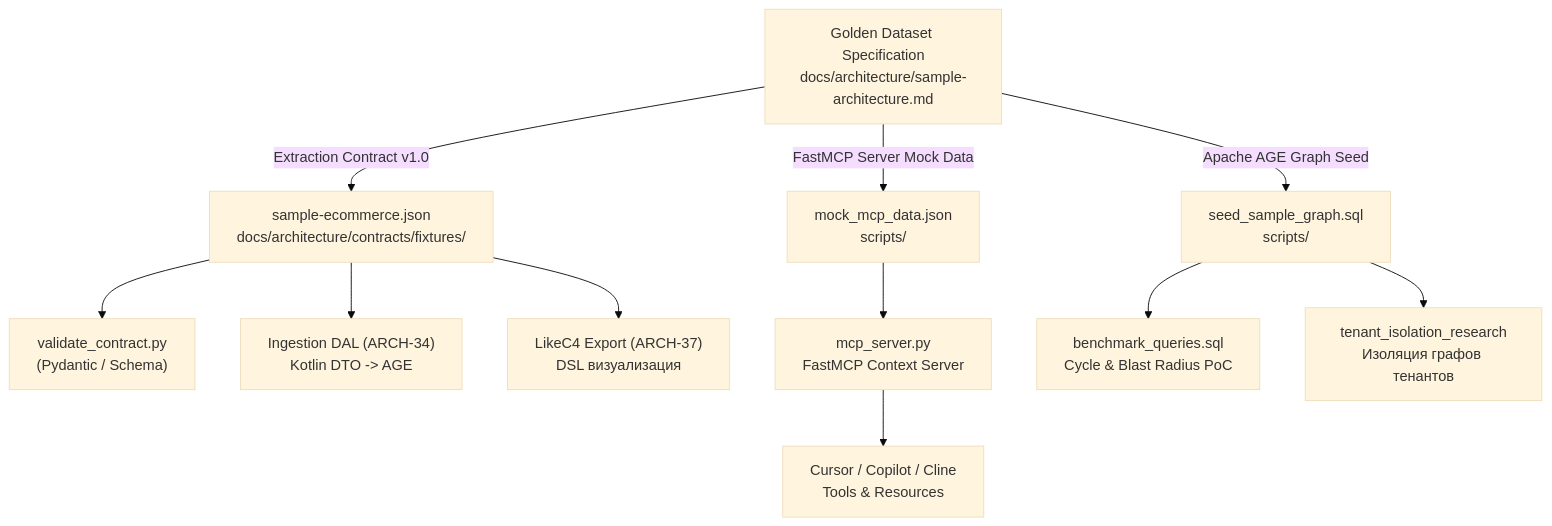
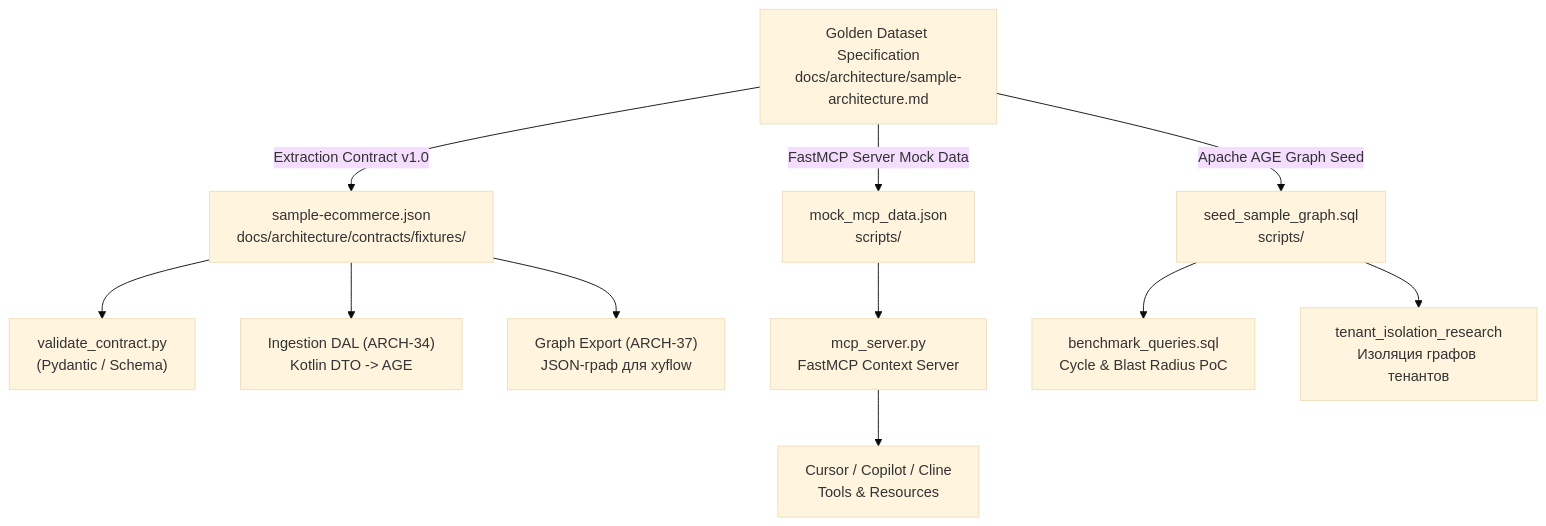
One commit to teamv39/archon changed the diagram in docs/architecture/mocks-and-fixtures.md. Above: the diagram before and after it, drawn with Mermaid (base theme). The commit also changed 28 other files, not shown here.

First line of the commit message:
ARCH-57: xyflow полностью заменяет LikeC4 (ADR-0008)

````diff
--- a/docs/architecture/mocks-and-fixtures.md
+++ b/docs/architecture/mocks-and-fixtures.md
@@ -17,18 +17,18 @@
 ```mermaid
 flowchart TD
     GD["Golden Dataset Specification<br/>docs/architecture/sample-architecture.md"]
 
     GD -->|"Extraction Contract v1.0"| FIXTURE["sample-ecommerce.json<br/>docs/architecture/contracts/fixtures/"]
     GD -->|"FastMCP Server Mock Data"| MCP["mock_mcp_data.json<br/>scripts/"]
     GD -->|"Apache AGE Graph Seed"| AGE["seed_sample_graph.sql<br/>scripts/"]
 
     FIXTURE --> C_VAL["validate_contract.py<br/>(Pydantic / Schema)"]
     FIXTURE --> C_DAL["Ingestion DAL (ARCH-34)<br/>Kotlin DTO -> AGE"]
-    FIXTURE --> C_EXP["LikeC4 Export (ARCH-37)<br/>DSL визуализация"]
+    FIXTURE --> C_EXP["Graph Export (ARCH-37)<br/>JSON-граф для xyflow"]
 
     MCP --> M_SRV["mcp_server.py<br/>FastMCP Context Server"]
     M_SRV --> M_IDE["Cursor / Copilot / Cline<br/>Tools & Resources"]
 
     AGE --> G_BENCH["benchmark_queries.sql<br/>Cycle & Blast Radius PoC"]
     AGE --> G_TENANT["tenant_isolation_research<br/>Изоляция графов тенантов"]
 ```
````
